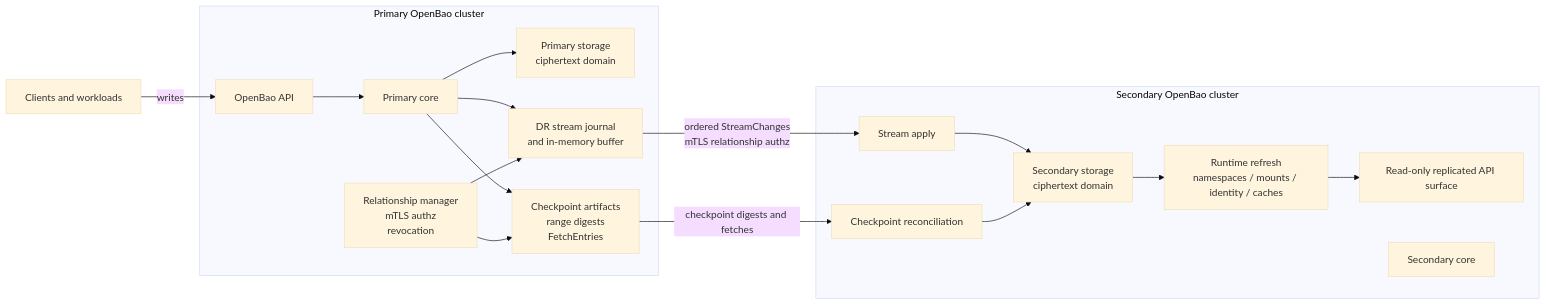
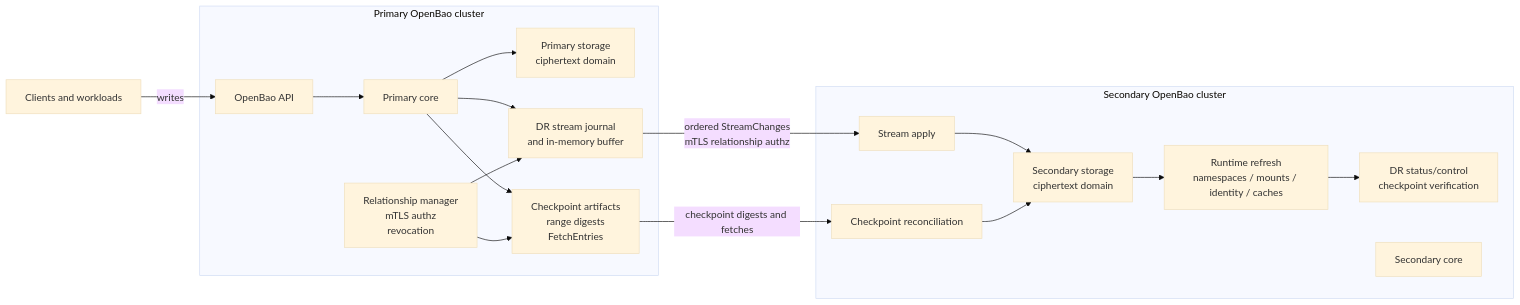
Before and after one commit to adfinis/openbao: the diagram in RFC_DR_Replication.md, drawn with Mermaid (base theme). The commit also changed other lines of this file and 20 other files, not shown here.

````diff
--- a/RFC_DR_Replication.md
+++ b/RFC_DR_Replication.md
@@ -196,37 +208,37 @@
 ```mermaid
 flowchart LR
     Client["Clients and workloads"]
 
     subgraph Primary["Primary OpenBao cluster"]
         PAPI["OpenBao API"]
         PCore["Primary core"]
         PStorage["Primary storage<br/>ciphertext domain"]
         PJournal["DR stream journal<br/>and in-memory buffer"]
         PCheckpoint["Checkpoint artifacts<br/>range digests<br/>FetchEntries"]
         PRel["Relationship manager<br/>mTLS authz<br/>revocation"]
     end
 
     subgraph Secondary["Secondary OpenBao cluster"]
-        SAPI["Read-only replicated API surface"]
+        SAPI["DR status/control<br/>checkpoint verification"]
         SCore["Secondary core"]
         SStorage["Secondary storage<br/>ciphertext domain"]
         SApply["Stream apply"]
         SRecon["Checkpoint reconciliation"]
         SRuntime["Runtime refresh<br/>namespaces / mounts / identity / caches"]
     end
 
     Client -->|"writes"| PAPI
     PAPI --> PCore
     PCore --> PStorage
     PCore --> PJournal
     PCore --> PCheckpoint
     PRel --> PJournal
     PRel --> PCheckpoint
 
     PJournal -->|"ordered StreamChanges<br/>mTLS relationship authz"| SApply
     PCheckpoint -->|"checkpoint digests and fetches"| SRecon
     SApply --> SStorage
     SRecon --> SStorage
     SStorage --> SRuntime
     SRuntime --> SAPI
 ```
````
